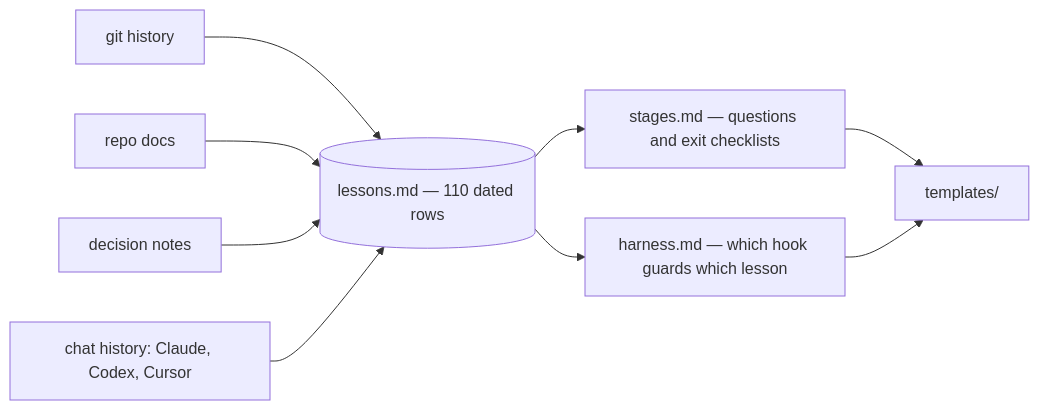
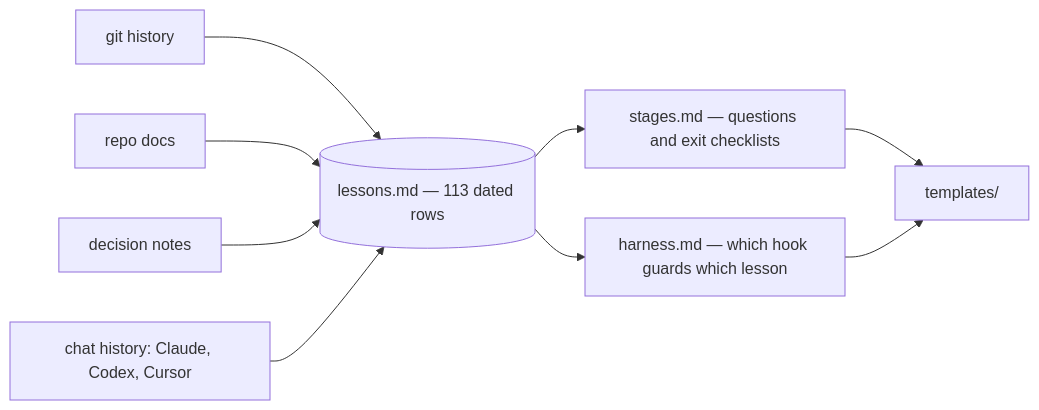
The second of 2 diagrams in README.md (EranTzarum/project-kickoff), drawn with Mermaid before and after one commit. The commit also changed other lines of this file and 4 other files, not shown here.

````diff
--- a/README.md
+++ b/README.md
@@ -237,11 +237,11 @@
 ```mermaid
 flowchart LR
     G["git history"] --> L
     D["repo docs"] --> L
     V["decision notes"] --> L
     C["chat history: Claude, Codex, Cursor"] --> L
-    L[("lessons.md — 110 dated rows")] --> S["stages.md — questions and exit checklists"]
+    L[("lessons.md — 113 dated rows")] --> S["stages.md — questions and exit checklists"]
     L --> H["harness.md — which hook guards which lesson"]
     S --> T["templates/"]
     H --> T
 ```
````
